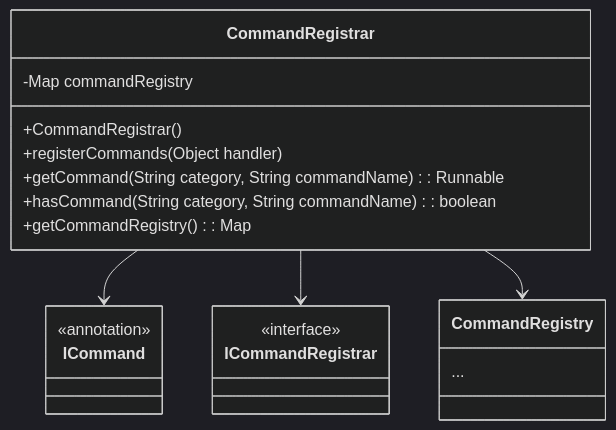
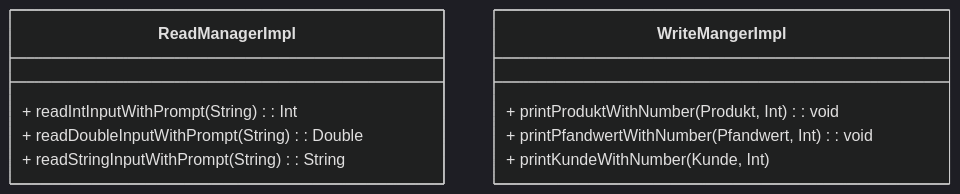
One commit to Gamagu/ase_getraenke changed the fifth of 17 diagrams in README.md. Above: the diagram before and after it, drawn with Mermaid (dark theme). The commit also changed other lines of this file, not shown here.

````diff
--- a/README.md
+++ b/README.md
@@ -262,18 +268,15 @@
-```mermaid 
+```mermaid
 	classDiagram 
-		class CommandRegistrar { 
-			-Map<String, CommandRegistry> commandRegistry 
-			+CommandRegistrar() 
-			+registerCommands(Object handler) 
-			+getCommand(String category, String commandName) : Runnable 
-			+hasCommand(String category, String commandName) : boolean 
-			+getCommandRegistry() : Map<String, CommandRegistry> } 
+		class ReadManagerImpl {
+			+ readIntInputWithPrompt(String): Int
+			+ readDoubleInputWithPrompt(String): Double
+			+ readStringInputWithPrompt(String): String
+		} 
 		
-		class ICommandRegistrar { <<interface>> } 
-		class CommandRegistry { ... } 
-		class ICommand { <<annotation>> } 
-		
-		CommandRegistrar --> ICommand 
-		CommandRegistrar --> ICommandRegistrar 
-		CommandRegistrar --> CommandRegistry 
+		class WriteMangerImpl { 
+			+ printProduktWithNumber(Produkt, Int): void
+			+ printPfandwertWithNumber(Pfandwert, Int): void
+			+ printKundeWithNumber(Kunde, Int)
+		 
+		} 
 ```
````
